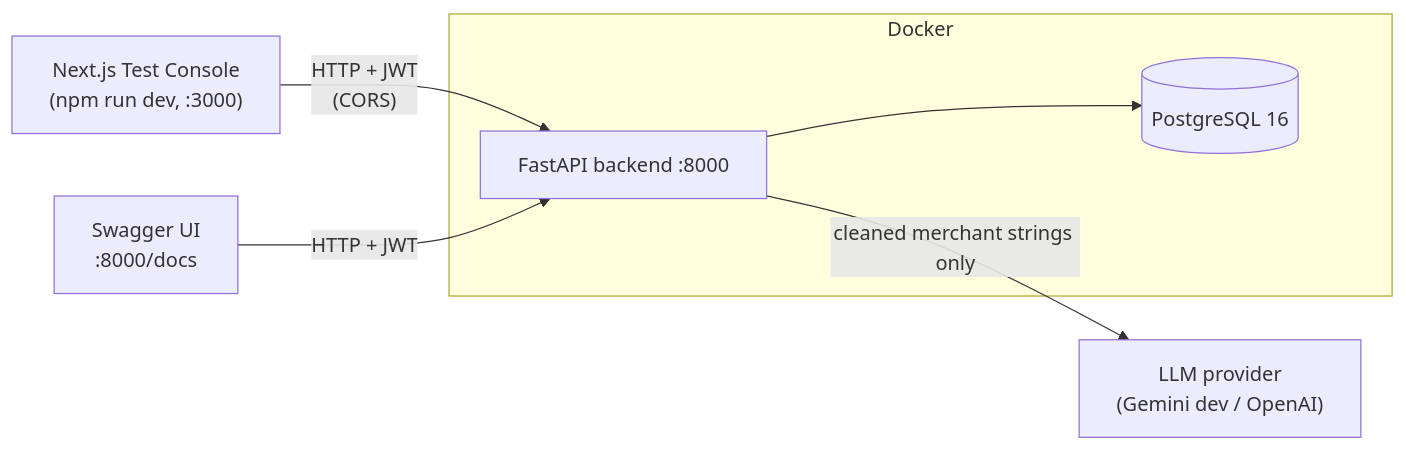
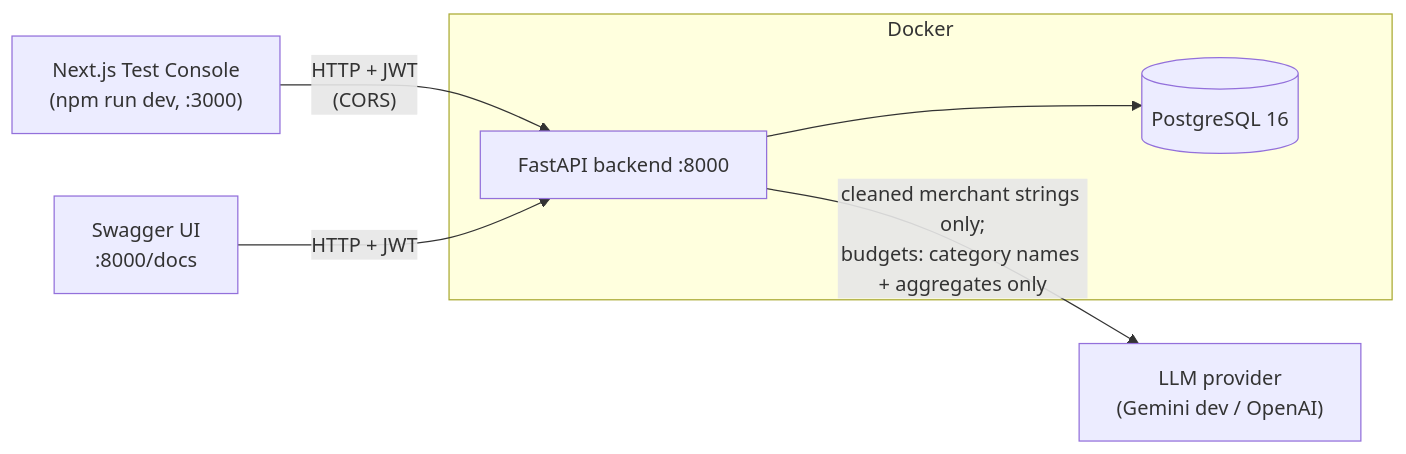
Before and after one commit to Vishesh-1204/CAPSTONE_FINANCE_ADVISOR: the first of 3 diagrams in docs/architecture.md, drawn with Mermaid. The commit also changed other lines of this file and 8 other files, not shown here.

````diff
--- a/docs/architecture.md
+++ b/docs/architecture.md
@@ -10,9 +12,9 @@
 ```mermaid
 flowchart LR
     Browser["Next.js Test Console<br/>(npm run dev, :3000)"] -- "HTTP + JWT<br/>(CORS)" --> API
     Swagger["Swagger UI<br/>:8000/docs"] -- "HTTP + JWT" --> API
     subgraph Docker
         API["FastAPI backend :8000"] --> DB[("PostgreSQL 16")]
     end
-    API -- "cleaned merchant strings only" --> LLM["LLM provider<br/>(Gemini dev / OpenAI)"]
+    API -- "cleaned merchant strings only;<br/>budgets: category names + aggregates only" --> LLM["LLM provider<br/>(Gemini dev / OpenAI)"]
 ```
````
